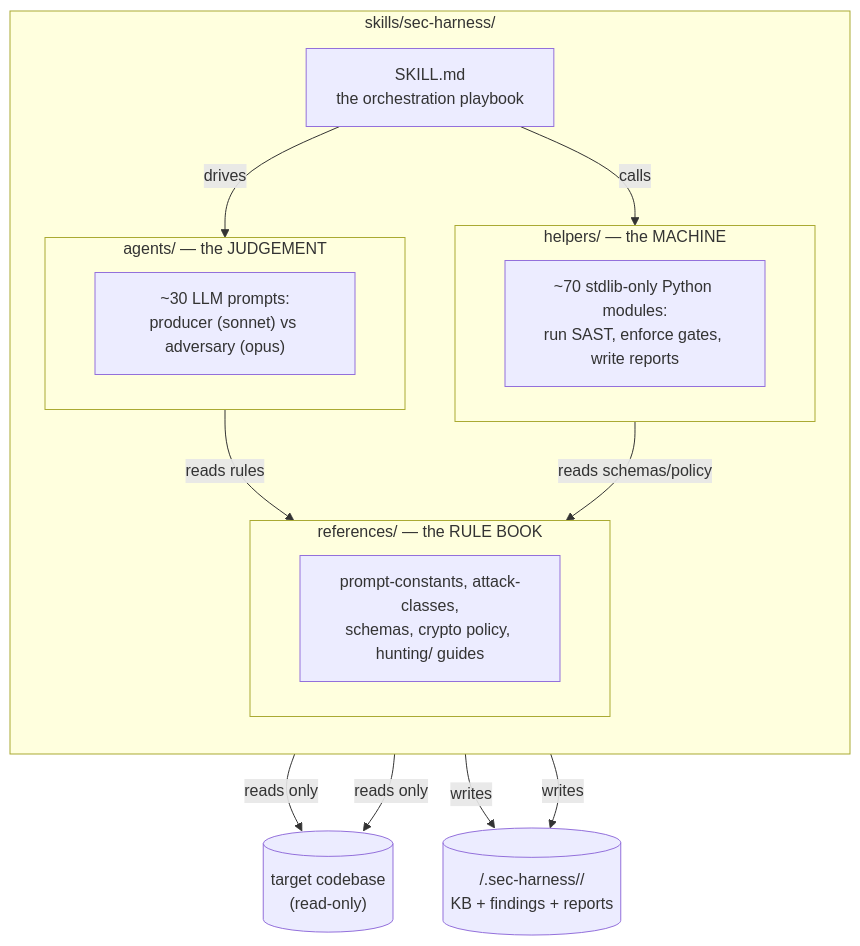
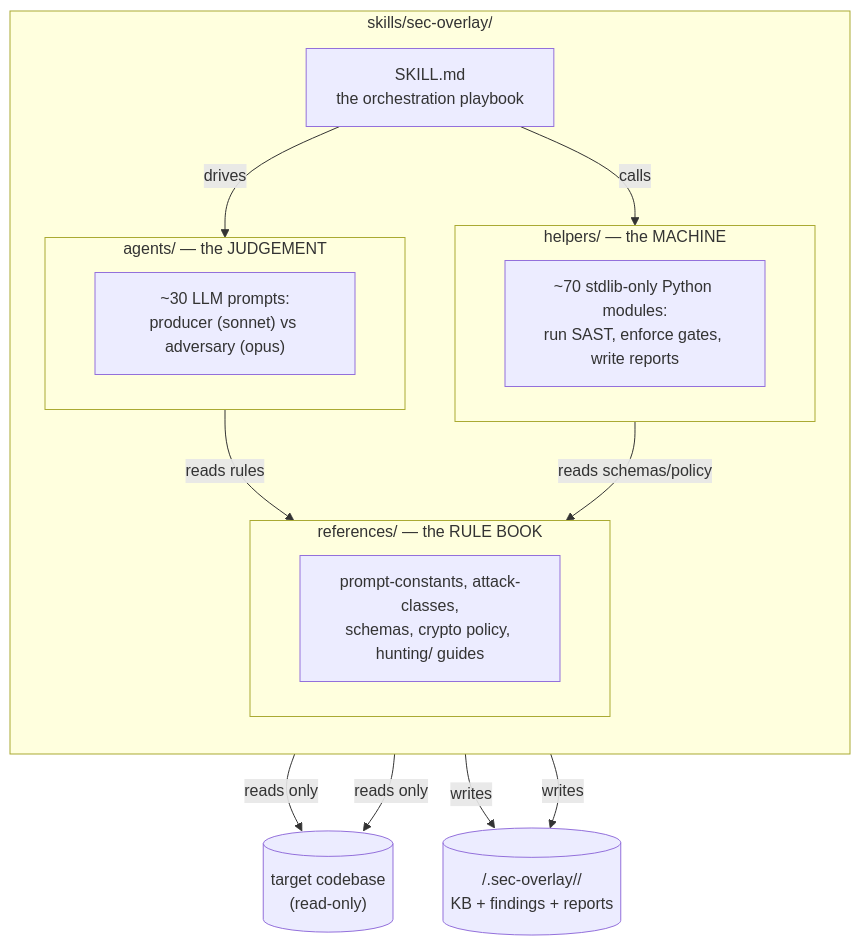
One commit to cjbischoff/cjbischoff-claude-code-tools changed the first of 2 diagrams in plugins/sec-overlay/skills/sec-overlay/README.md. Above: the diagram before and after it, drawn with Mermaid. The commit also changed other lines of this file and 289 other files, not shown here.

Commit message:
feat(sec-overlay): rename identifiers to sec-overlay

````diff
--- a/plugins/sec-overlay/skills/sec-overlay/README.md
+++ b/plugins/sec-overlay/skills/sec-overlay/README.md
@@ -47,27 +47,27 @@
 ```mermaid
 flowchart TB
-    subgraph HARNESS["skills/sec-harness/"]
+    subgraph HARNESS["skills/sec-overlay/"]
         direction TB
         SKILL["SKILL.md<br/>the orchestration playbook"]
         subgraph REF["references/ — the RULE BOOK"]
             R1["prompt-constants, attack-classes,<br/>schemas, crypto policy, hunting/ guides"]
         end
         subgraph AG["agents/ — the JUDGEMENT"]
             A1["~30 LLM prompts:<br/>producer (sonnet) vs adversary (opus)"]
         end
         subgraph HP["helpers/ — the MACHINE"]
             H1["~70 stdlib-only Python modules:<br/>run SAST, enforce gates, write reports"]
         end
     end
     TARGET[("target codebase<br/>(read-only)")]
-    OUT[("<target>/.sec-harness/<slug>/<br/>KB + findings + reports")]
+    OUT[("<target>/.sec-overlay/<slug>/<br/>KB + findings + reports")]
 
     SKILL -->|drives| AG
     SKILL -->|calls| HP
     AG -->|"reads rules"| REF
     HP -->|"reads schemas/policy"| REF
     HP -->|"reads only"| TARGET
     AG -->|"reads only"| TARGET
     HP -->|"writes"| OUT
     AG -->|"writes"| OUT
 ```
````
